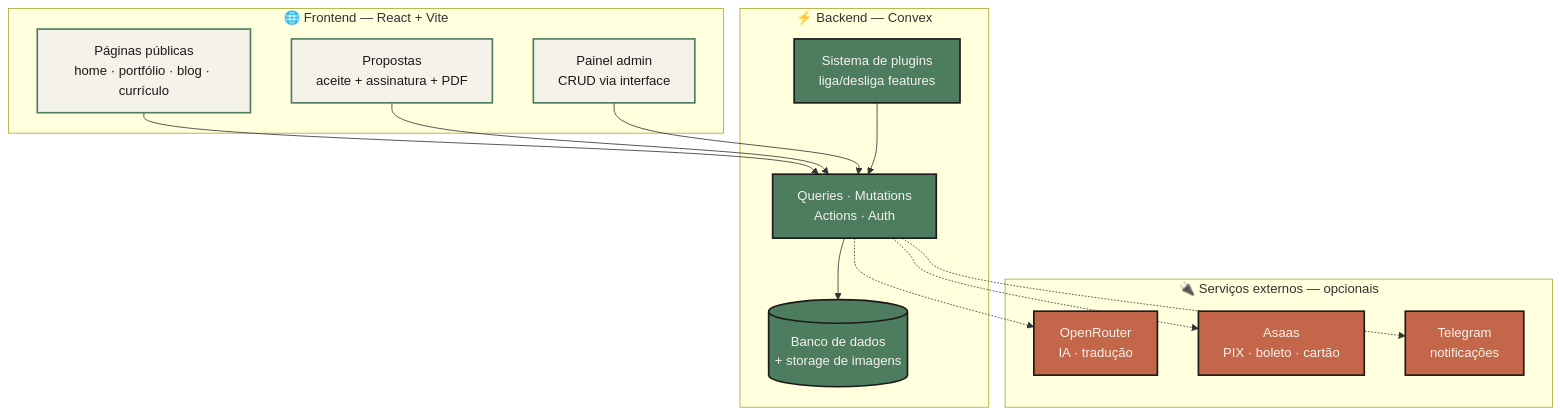
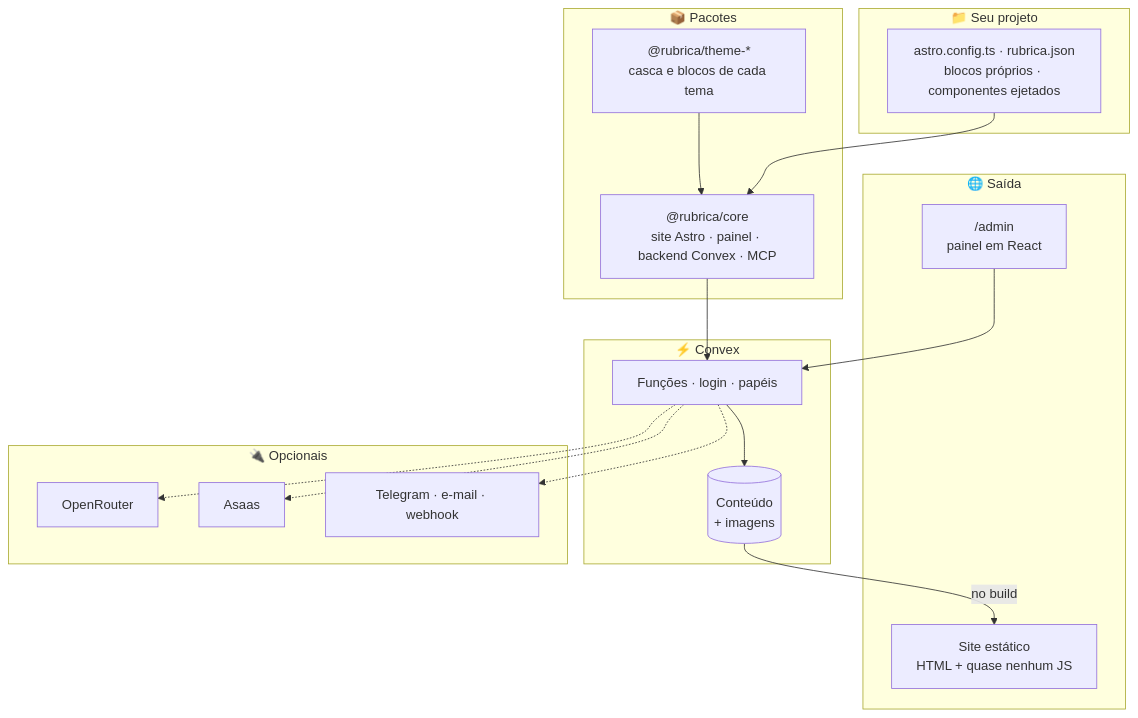
The first of 2 diagrams in README.md (MierzwaMatheus/rubrica), drawn with Mermaid before and after one commit. The commit also changed other lines of this file, not shown here.

Commit message:
docs(readme): rewrite the README for Rubrica v2

````diff
--- a/README.md
+++ b/README.md
@@ -83,36 +92,37 @@
 ```mermaid
 flowchart TB
-    subgraph cliente["🌐 Frontend — React + Vite"]
-        pub["Páginas públicas<br/>home · portfólio · blog · currículo"]
-        prop["Propostas<br/>aceite + assinatura + PDF"]
-        admin["Painel admin<br/>CRUD via interface"]
+    subgraph projeto["📁 Seu projeto"]
+        cfg["astro.config.ts · rubrica.json<br/>blocos próprios · componentes ejetados"]
     end
 
-    subgraph backend["⚡ Backend — Convex"]
-        db[("Banco de dados<br/>+ storage de imagens")]
-        fn["Queries · Mutations<br/>Actions · Auth"]
-        plugins["Sistema de plugins<br/>liga/desliga features"]
+    subgraph pacotes["📦 Pacotes"]
+        core["@rubrica/core<br/>site Astro · painel · backend Convex · MCP"]
+        tema["@rubrica/theme-*<br/>casca e blocos de cada tema"]
     end
 
-    subgraph externos["🔌 Serviços externos — opcionais"]
-        ia["OpenRouter<br/>IA · tradução"]
-        pay["Asaas<br/>PIX · boleto · cartão"]
-        tg["Telegram<br/>notificações"]
+    subgraph backend["⚡ Convex"]
+        db[("Conteúdo<br/>+ imagens")]
+        fn["Funções · login · papéis"]
     end
 
-    pub --> fn
-    prop --> fn
+    subgraph saida["🌐 Saída"]
+        site["Site estático<br/>HTML + quase nenhum JS"]
+        admin["/admin<br/>painel em React"]
+    end
+
+    subgraph externos["🔌 Opcionais"]
+        ia["OpenRouter"]
+        pay["Asaas"]
+        tg["Telegram · e-mail · webhook"]
+    end
+
+    cfg --> core
+    tema --> core
+    core --> fn
+    fn --> db
+    db -- "no build" --> site
     admin --> fn
-    fn --> db
-    plugins --> fn
     fn -.-> ia
     fn -.-> pay
     fn -.-> tg
-
-    classDef front fill:#F5F2EA,stroke:#4D7C5F,stroke-width:2px,color:#1A1A18
-    classDef back fill:#4D7C5F,stroke:#1A1A18,stroke-width:2px,color:#F5F2EA
-    classDef ext fill:#C4664A,stroke:#1A1A18,stroke-width:2px,color:#F5F2EA
-    class pub,prop,admin front
-    class db,fn,plugins back
-    class ia,pay,tg ext
 ```
````
